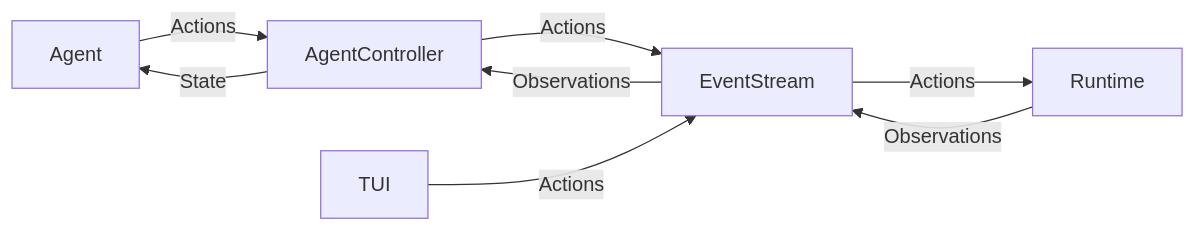
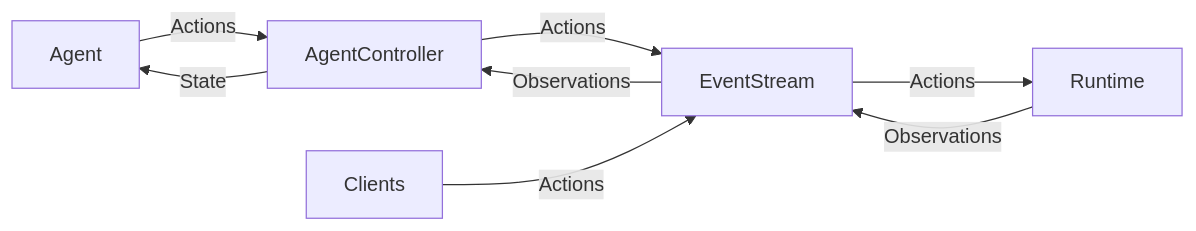
Before and after one commit to josephsenior/Grinta-Agent: the diagram in backend/README_FORGE.md, drawn with Mermaid. The commit also changed other lines of this file and 429 other files, not shown here.

````diff
--- a/backend/README_FORGE.md
+++ b/backend/README_FORGE.md
@@ -42,10 +42,10 @@
 ```mermaid
 flowchart LR
   Agent--Actions-->AgentController
   AgentController--State-->Agent
   AgentController--Actions-->EventStream
   EventStream--Observations-->AgentController
   Runtime--Observations-->EventStream
   EventStream--Actions-->Runtime
-  TUI--Actions-->EventStream
+  Clients--Actions-->EventStream
 ```
````
